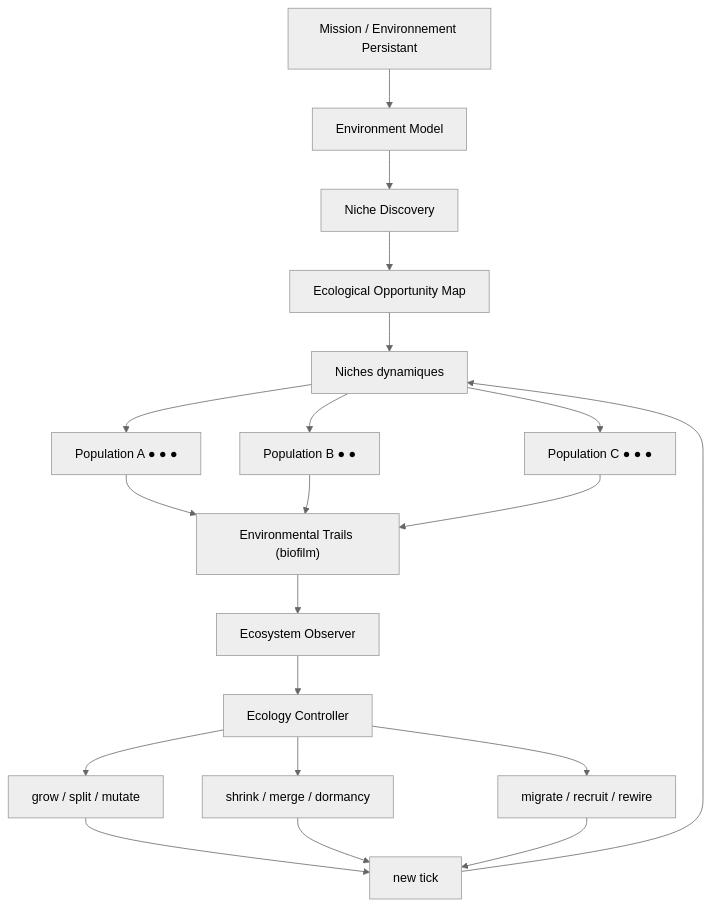
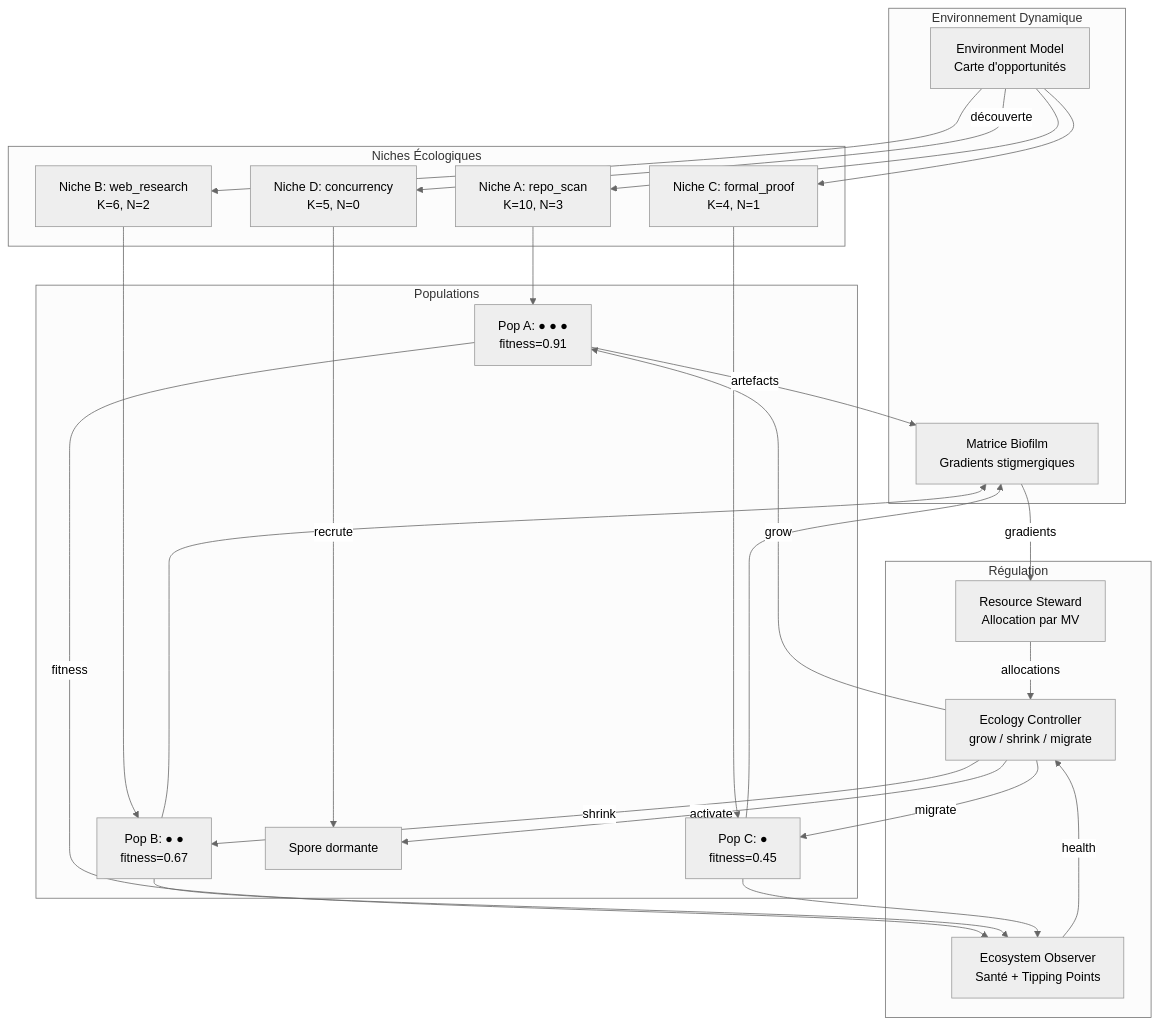
Before and after one commit to PISSARAW/GenOS: the first of 4 diagrams in docs/02-orchestration/topologies/biome.md, drawn with Mermaid (neutral theme). The commit also changed other lines of this file and 4 other files, not shown here.

````diff
--- a/docs/02-orchestration/topologies/biome.md
+++ b/docs/02-orchestration/topologies/biome.md
@@ -1041,28 +946,54 @@
 ```mermaid
 flowchart TB
-    Mission["Mission / Environnement Persistant"] --> EnvModel["Environment Model"]
-    EnvModel --> NicheDiscovery["Niche Discovery"]
-    NicheDiscovery --> OpportunityMap["Ecological Opportunity Map"]
-    OpportunityMap --> Niches["Niches dynamiques"]
+    subgraph Environnement["Environnement Dynamique"]
+        EnvModel["Environment Model<br/>Carte d'opportunités"]
+        Biofilm["Matrice Biofilm<br/>Gradients stigmergiques"]
+    end
 
-    Niches --> PopA["Population A ● ● ●"]
-    Niches --> PopB["Population B ● ●"]
-    Niches --> PopC["Population C ● ● ●"]
+    subgraph Niches["Niches Écologiques"]
+        N1["Niche A: repo_scan<br/>K=10, N=3"]
+        N2["Niche B: web_research<br/>K=6, N=2"]
+        N3["Niche C: formal_proof<br/>K=4, N=1"]
+        N4["Niche D: concurrency<br/>K=5, N=0"]
+    end
 
-    PopA --> Trails["Environmental Trails (biofilm)"]
-    PopB --> Trails
-    PopC --> Trails
+    subgraph Populations["Populations"]
+        PopA["Pop A: ● ● ●<br/>fitness=0.91"]
+        PopB["Pop B: ● ●<br/>fitness=0.67"]
+        PopC["Pop C: ●<br/>fitness=0.45"]
+        Spore["Spore dormante"]
+    end
 
-    Trails --> Observer["Ecosystem Observer"]
-    Observer --> Ecology["Ecology Controller"]
+    subgraph Regulation["Régulation"]
+        Steward["Resource Steward<br/>Allocation par MV"]
+        Controller["Ecology Controller<br/>grow / shrink / migrate"]
+        Observer["Ecosystem Observer<br/>Santé + Tipping Points"]
+    end
 
-    Ecology --> Grow["grow / split / mutate"]
-    Ecology --> Shrink["shrink / merge / dormancy"]
-    Ecology --> Migrate["migrate / recruit / rewire"]
+    EnvModel -->|"découverte"| N4
+    EnvModel --> N1
+    EnvModel --> N2
+    EnvModel --> N3
 
-    Grow --> NewTick["new tick"]
-    Shrink --> NewTick
-    Migrate --> NewTick
+    N1 --> PopA
+    N2 --> PopB
+    N3 --> PopC
+    N4 -->|"recrute"| Spore
 
-    NewTick --> Niches
+    PopA -->|"artefacts"| Biofilm
+    PopB --> Biofilm
+    PopC --> Biofilm
+
+    Biofilm -->|"gradients"| Steward
+    PopA -->|"fitness"| Observer
+    PopB --> Observer
+    PopC --> Observer
+
+    Observer -->|"health"| Controller
+    Steward -->|"allocations"| Controller
+
+    Controller -->|"grow"| PopA
+    Controller -->|"shrink"| PopB
+    Controller -->|"migrate"| PopC
+    Controller -->|"activate"| Spore
 ```
````
